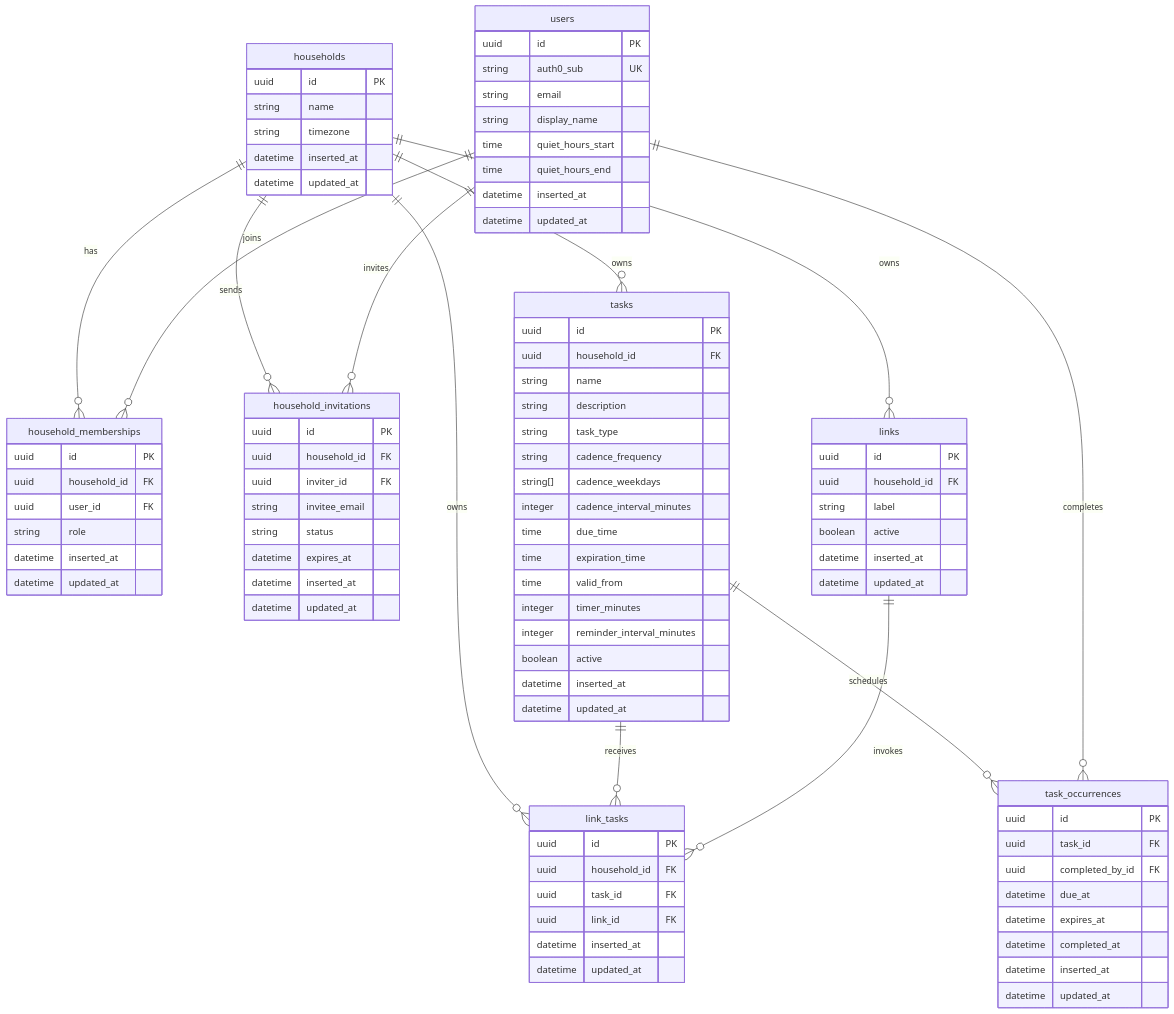
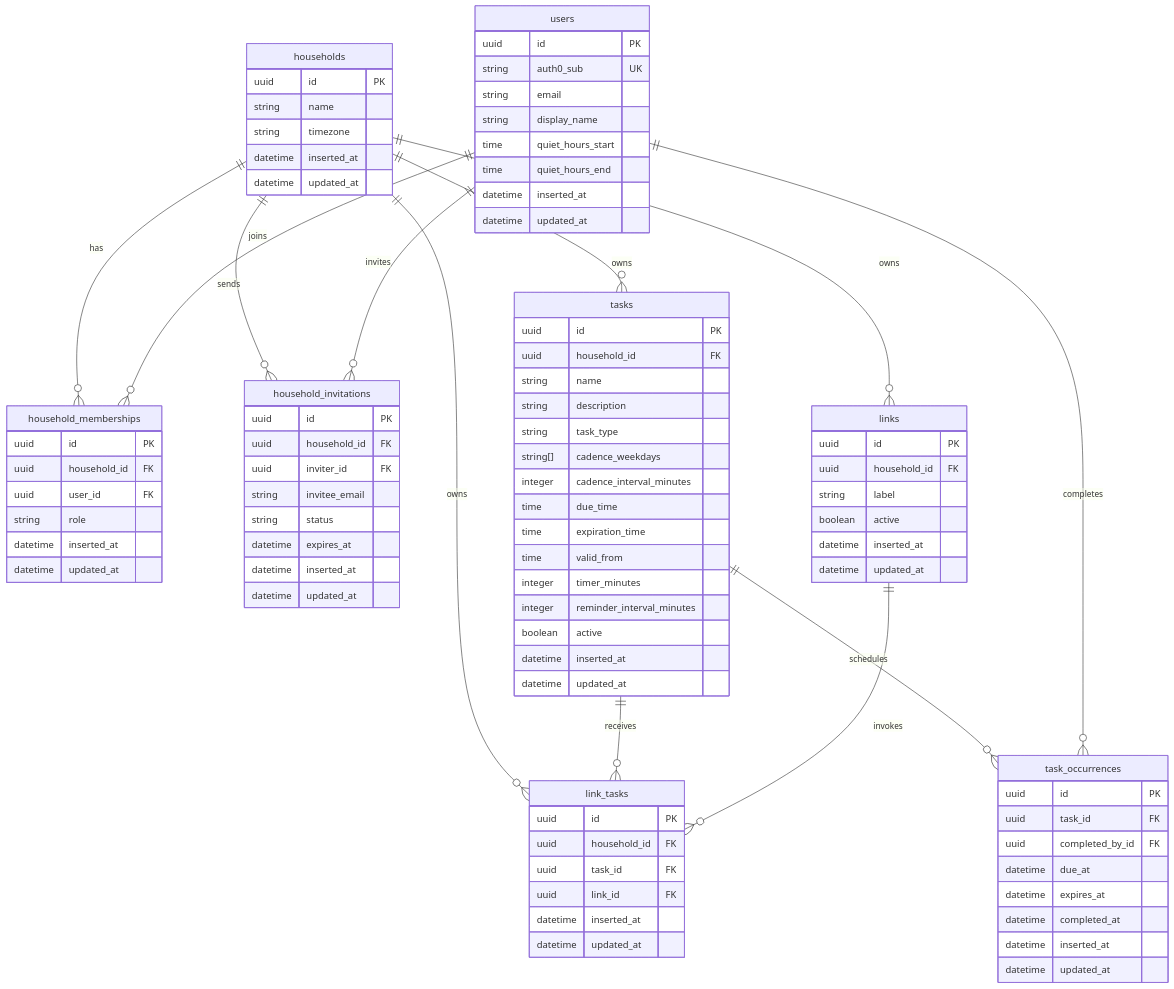
Before and after one commit to dewetblomerus/donemanager: the first of 2 diagrams in architecture/database.md, drawn with Mermaid. The commit also changed other lines of this file and 7 other files, not shown here.

```diff
--- a/architecture/database.md
+++ b/architecture/database.md
@@ -64,7 +64,6 @@
         string name
         string description
         string task_type
-        string cadence_frequency
         string[] cadence_weekdays
         integer cadence_interval_minutes
         time due_time
```
